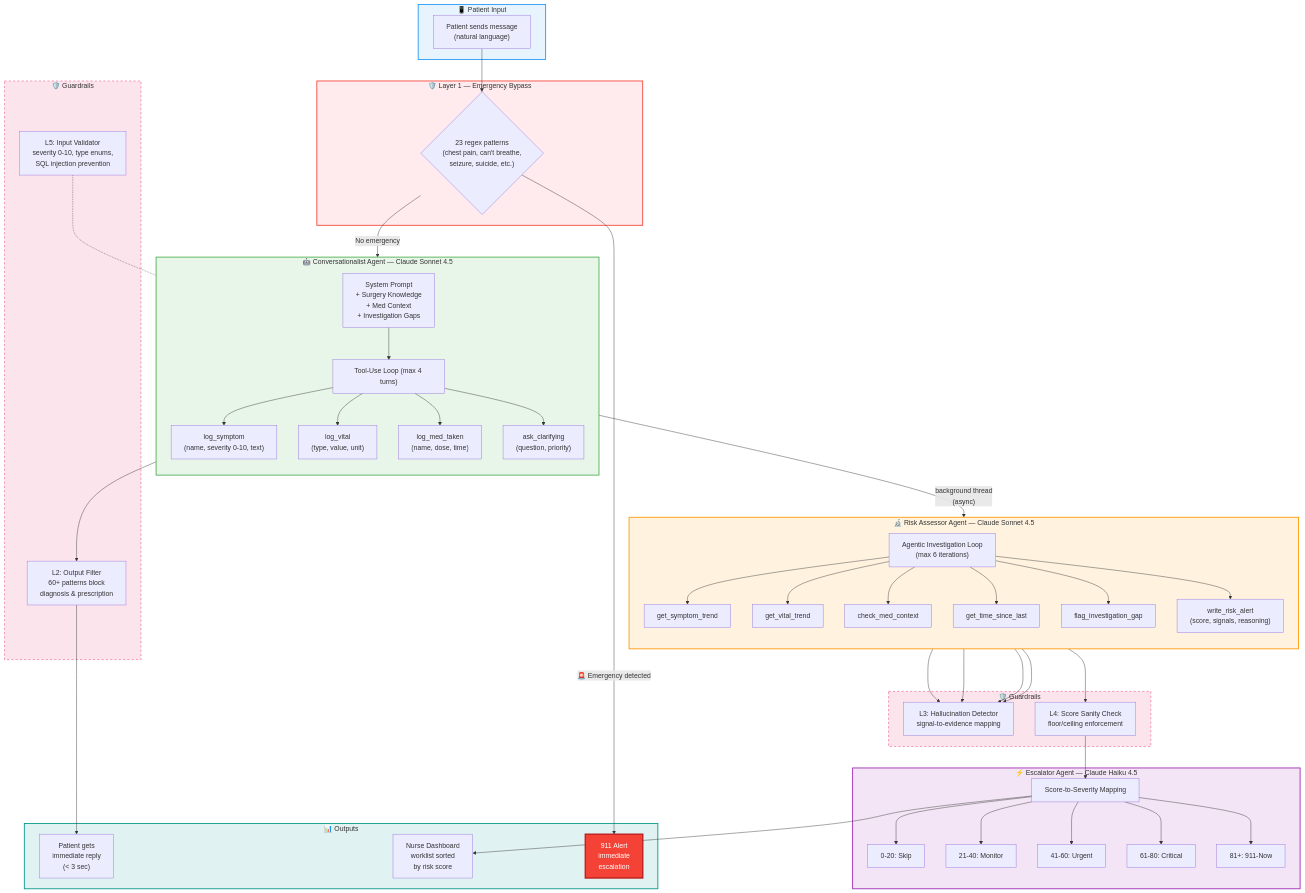
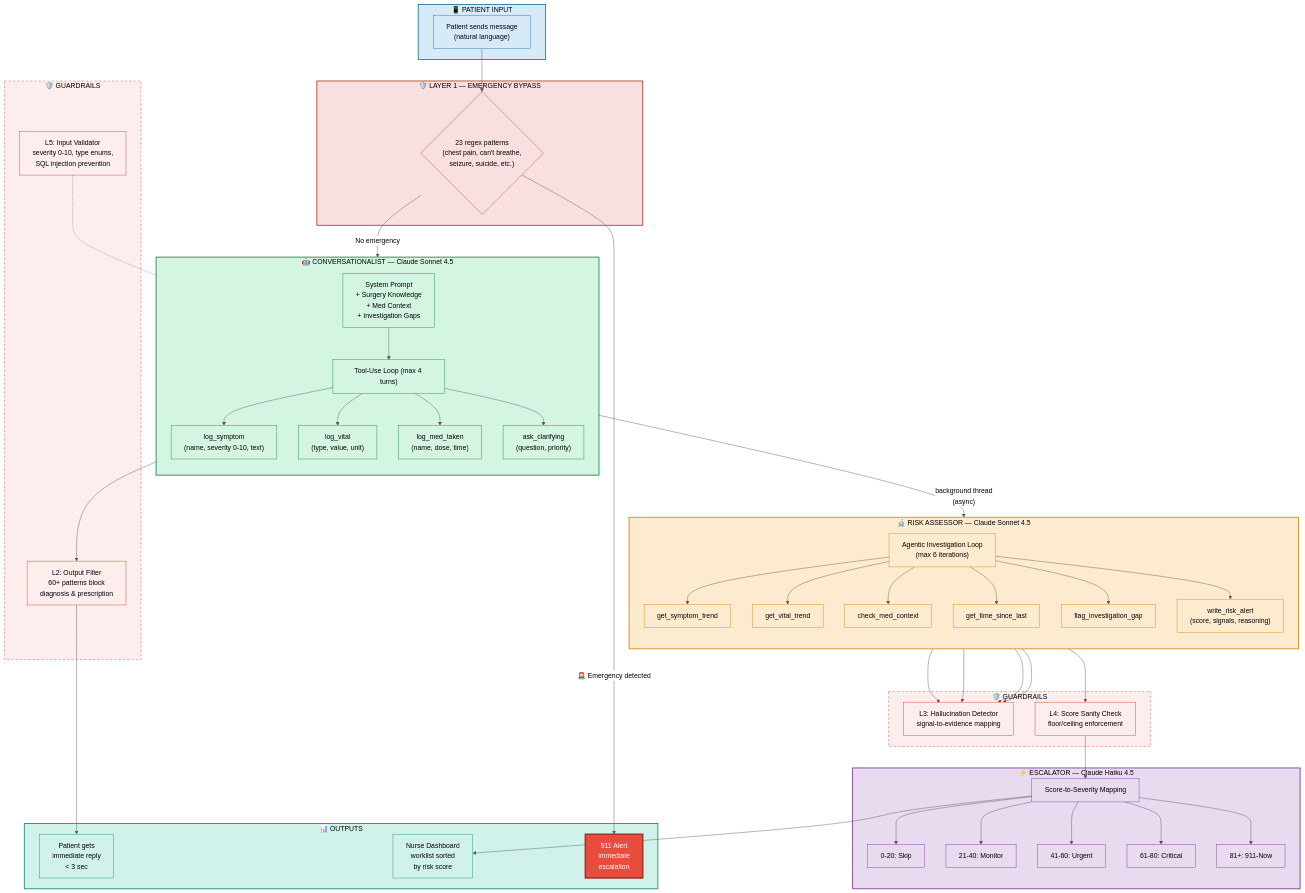
Before and after one commit to ankitasinha015/post-op-triage: the first of 5 diagrams in ROADMAP_PRD.md, drawn with Mermaid. The commit also changed other lines of this file, not shown here.

First line of the commit message:
fix: make all Mermaid diagrams readable on dark backgrounds

````diff
--- a/ROADMAP_PRD.md
+++ b/ROADMAP_PRD.md
@@ -84,14 +84,15 @@
 ```mermaid
+%%{init: {'theme': 'base', 'themeVariables': {'primaryColor': '#4a90d9', 'primaryTextColor': '#000000', 'lineColor': '#555555', 'background': '#ffffff', 'mainBkg': '#ffffff', 'nodeBorder': '#333333', 'clusterBkg': '#f5f5f5', 'clusterBorder': '#999999', 'edgeLabelBackground': '#ffffff'}}}%%
 flowchart TD
-    subgraph INPUT["📱 Patient Input"]
+    subgraph INPUT["📱 PATIENT INPUT"]
         A["Patient sends message\n(natural language)"]
     end
 
-    subgraph SAFETY["🛡️ Layer 1 — Emergency Bypass"]
+    subgraph SAFETY["🛡️ LAYER 1 — EMERGENCY BYPASS"]
         B{"23 regex patterns\n(chest pain, can't breathe,\nseizure, suicide, etc.)"}
     end
 
-    subgraph CONV["🤖 Conversationalist Agent — Claude Sonnet 4.5"]
+    subgraph CONV["🤖 CONVERSATIONALIST — Claude Sonnet 4.5"]
         direction TB
         C["System Prompt\n+ Surgery Knowledge\n+ Med Context\n+ Investigation Gaps"]
         C --> D["Tool-Use Loop (max 4 turns)"]
@@ -101,12 +102,12 @@
         D --> H["ask_clarifying\n(question, priority)"]
     end
 
-    subgraph GUARD_CONV["🛡️ Guardrails"]
+    subgraph GUARD_CONV["🛡️ GUARDRAILS"]
         I["L2: Output Filter\n60+ patterns block\ndiagnosis & prescription"]
         J["L5: Input Validator\nseverity 0-10, type enums,\nSQL injection prevention"]
     end
 
-    subgraph RISK["🔬 Risk Assessor Agent — Claude Sonnet 4.5"]
+    subgraph RISK["🔬 RISK ASSESSOR — Claude Sonnet 4.5"]
         direction TB
         K["Agentic Investigation Loop\n(max 6 iterations)"]
         K --> L["get_symptom_trend"]
@@ -117,12 +118,12 @@
         K --> Q["write_risk_alert\n(score, signals, reasoning)"]
     end
 
-    subgraph GUARD_RISK["🛡️ Guardrails"]
+    subgraph GUARD_RISK["🛡️ GUARDRAILS"]
         R["L3: Hallucination Detector\nsignal-to-evidence mapping"]
         S["L4: Score Sanity Check\nfloor/ceiling enforcement"]
     end
 
-    subgraph ESC["⚡ Escalator Agent — Claude Haiku 4.5"]
+    subgraph ESC["⚡ ESCALATOR — Claude Haiku 4.5"]
         T["Score-to-Severity Mapping"]
         T --> U["0-20: Skip"]
         T --> V["21-40: Monitor"]
@@ -131,8 +132,8 @@
         T --> Y["81+: 911-Now"]
     end
 
-    subgraph OUTPUT["📊 Outputs"]
-        Z["Patient gets\nimmediate reply\n(< 3 sec)"]
+    subgraph OUTPUT["📊 OUTPUTS"]
+        Z["Patient gets\nimmediate reply\n< 3 sec"]
         AA["Nurse Dashboard\nworklist sorted\nby risk score"]
         BB["911 Alert\nimmediate\nescalation"]
     end
@@ -149,13 +150,40 @@
     S --> T
     T --> AA
 
-    style INPUT fill:#e8f4fd,stroke:#2196F3,stroke-width:2px
-    style SAFETY fill:#ffebee,stroke:#f44336,stroke-width:2px
-    style CONV fill:#e8f5e9,stroke:#4CAF50,stroke-width:2px
-    style RISK fill:#fff3e0,stroke:#FF9800,stroke-width:2px
-    style ESC fill:#f3e5f5,stroke:#9C27B0,stroke-width:2px
-    style OUTPUT fill:#e0f2f1,stroke:#009688,stroke-width:2px
-    style GUARD_CONV fill:#fce4ec,stroke:#e91e63,stroke-width:1px,stroke-dasharray: 5 5
-    style GUARD_RISK fill:#fce4ec,stroke:#e91e63,stroke-width:1px,stroke-dasharray: 5 5
-    style BB fill:#f44336,color:#fff,stroke:#b71c1c,stroke-width:3px
+    style INPUT fill:#d6eaf8,stroke:#2471a3,stroke-width:2px,color:#000
+    style SAFETY fill:#f9e0e0,stroke:#c0392b,stroke-width:2px,color:#000
+    style CONV fill:#d5f5e3,stroke:#1e8449,stroke-width:2px,color:#000
+    style RISK fill:#fdebd0,stroke:#d68910,stroke-width:2px,color:#000
+    style ESC fill:#e8daef,stroke:#7d3c98,stroke-width:2px,color:#000
+    style OUTPUT fill:#d1f2eb,stroke:#148f77,stroke-width:2px,color:#000
+    style GUARD_CONV fill:#fdedec,stroke:#cb4335,stroke-width:1px,stroke-dasharray: 5 5,color:#000
+    style GUARD_RISK fill:#fdedec,stroke:#cb4335,stroke-width:1px,stroke-dasharray: 5 5,color:#000
+    style BB fill:#e74c3c,color:#ffffff,stroke:#922b21,stroke-width:3px
+    style A fill:#d6eaf8,stroke:#2471a3,color:#000
+    style B fill:#f9e0e0,stroke:#c0392b,color:#000
+    style C fill:#d5f5e3,stroke:#1e8449,color:#000
+    style D fill:#d5f5e3,stroke:#1e8449,color:#000
+    style E fill:#d5f5e3,stroke:#1e8449,color:#000
+    style F fill:#d5f5e3,stroke:#1e8449,color:#000
+    style G fill:#d5f5e3,stroke:#1e8449,color:#000
+    style H fill:#d5f5e3,stroke:#1e8449,color:#000
+    style I fill:#fdedec,stroke:#cb4335,color:#000
+    style J fill:#fdedec,stroke:#cb4335,color:#000
+    style K fill:#fdebd0,stroke:#d68910,color:#000
+    style L fill:#fdebd0,stroke:#d68910,color:#000
+    style M fill:#fdebd0,stroke:#d68910,color:#000
+    style N fill:#fdebd0,stroke:#d68910,color:#000
+    style O fill:#fdebd0,stroke:#d68910,color:#000
+    style P fill:#fdebd0,stroke:#d68910,color:#000
+    style Q fill:#fdebd0,stroke:#d68910,color:#000
+    style R fill:#fdedec,stroke:#cb4335,color:#000
+    style S fill:#fdedec,stroke:#cb4335,color:#000
+    style T fill:#e8daef,stroke:#7d3c98,color:#000
+    style U fill:#e8daef,stroke:#7d3c98,color:#000
+    style V fill:#e8daef,stroke:#7d3c98,color:#000
+    style W fill:#e8daef,stroke:#7d3c98,color:#000
+    style X fill:#e8daef,stroke:#7d3c98,color:#000
+    style Y fill:#e8daef,stroke:#7d3c98,color:#000
+    style Z fill:#d1f2eb,stroke:#148f77,color:#000
+    style AA fill:#d1f2eb,stroke:#148f77,color:#000
 ```
````
